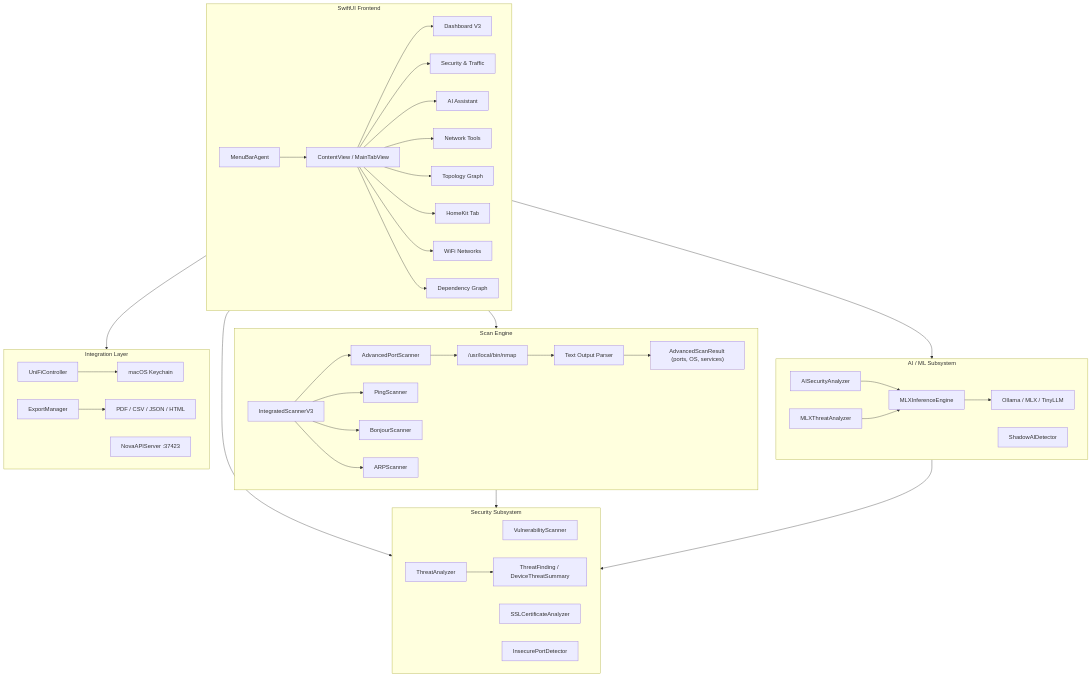
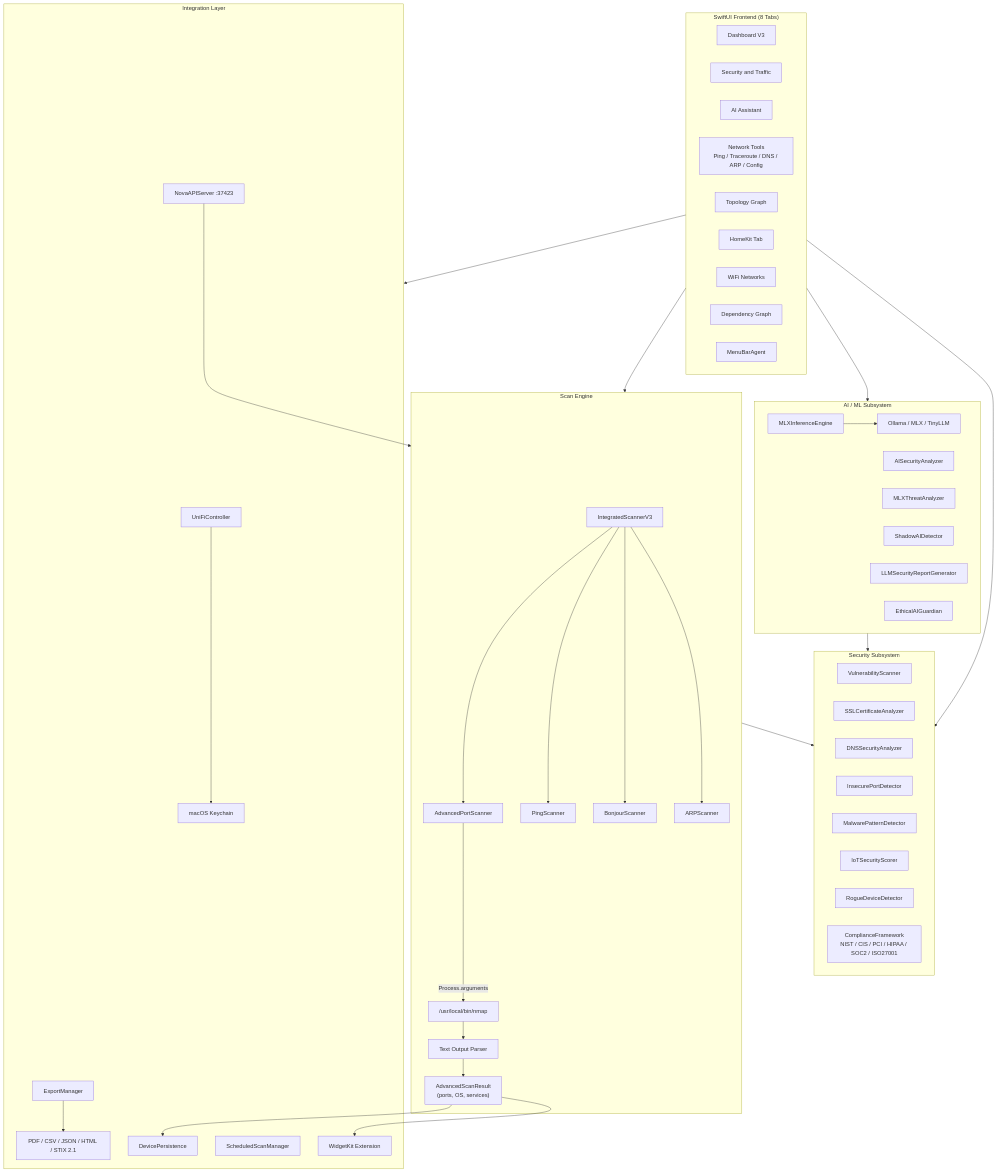
The diagram in README.md (kochj23/NMAPScanner), drawn with Mermaid before and after one commit. The commit also changed other lines of this file, not shown here.

Commit message:
docs: Rewrite README with mermaid architecture diagrams

````diff
--- a/README.md
+++ b/README.md
@@ -37,51 +38,65 @@
 ```mermaid
 graph TD
-    subgraph UI["SwiftUI Frontend"]
-        A[ContentView / MainTabView] --> B[Dashboard V3]
-        A --> C[Security & Traffic]
-        A --> D[AI Assistant]
-        A --> E[Network Tools]
-        A --> F[Topology Graph]
-        A --> G[HomeKit Tab]
-        A --> H[WiFi Networks]
-        A --> I[Dependency Graph]
-        J[MenuBarAgent] --> A
+    subgraph UI["SwiftUI Frontend (8 Tabs)"]
+        DASH[Dashboard V3]
+        SEC[Security and Traffic]
+        AIUI[AI Assistant]
+        TOOLS[Network Tools<br/>Ping / Traceroute / DNS / ARP / Config]
+        TOPO[Topology Graph]
+        HK[HomeKit Tab]
+        WIFI[WiFi Networks]
+        DEP[Dependency Graph]
+        MENU[MenuBarAgent]
     end
 
     subgraph Engine["Scan Engine"]
-        K[IntegratedScannerV3] --> L[AdvancedPortScanner]
-        K --> M[PingScanner]
-        K --> N[BonjourScanner]
-        K --> O[ARPScanner]
-        L --> P["/usr/local/bin/nmap"]
-        P --> Q[Text Output Parser]
-        Q --> R["AdvancedScanResult (ports, OS, services)"]
+        ISV3[IntegratedScannerV3]
+        ISV3 --> APS[AdvancedPortScanner]
+        ISV3 --> PING[PingScanner]
+        ISV3 --> BONJ[BonjourScanner]
+        ISV3 --> ARP[ARPScanner]
+        APS -->|Process.arguments| NMAP["/usr/local/bin/nmap"]
+        NMAP --> PARSER[Text Output Parser]
+        PARSER --> RESULT["AdvancedScanResult<br/>(ports, OS, services)"]
     end
 
     subgraph AI["AI / ML Subsystem"]
-        S[MLXInferenceEngine] --> T[Ollama / MLX / TinyLLM]
-        U[AISecurityAnalyzer] --> S
-        V[MLXThreatAnalyzer] --> S
-        W[ShadowAIDetector]
+        MLX[MLXInferenceEngine]
+        MLX --> BACKENDS["Ollama / MLX / TinyLLM"]
+        THREAT_AI[AISecurityAnalyzer]
+        MLX_THREAT[MLXThreatAnalyzer]
+        SHADOW[ShadowAIDetector]
+        REPORT[LLMSecurityReportGenerator]
+        ETHICAL[EthicalAIGuardian]
     end
 
     subgraph Security["Security Subsystem"]
-        X[VulnerabilityScanner]
-        Y[SSLCertificateAnalyzer]
-        Z[InsecurePortDetector]
-        AA[ThreatAnalyzer] --> AB[ThreatFinding / DeviceThreatSummary]
+        VULN[VulnerabilityScanner]
+        SSL[SSLCertificateAnalyzer]
+        DNS_SEC[DNSSecurityAnalyzer]
+        INSECURE[InsecurePortDetector]
+        MALWARE[MalwarePatternDetector]
+        IOT[IoTSecurityScorer]
+        ROGUE[RogueDeviceDetector]
+        COMPLIANCE["ComplianceFramework<br/>NIST / CIS / PCI / HIPAA / SOC2 / ISO27001"]
     end
 
     subgraph Integration["Integration Layer"]
-        AC[UniFiController] --> AD[macOS Keychain]
-        AE[NovaAPIServer :37423]
-        AF[ExportManager] --> AG["PDF / CSV / JSON / HTML"]
+        UNIFI[UniFiController] --> KEYCHAIN[macOS Keychain]
+        NOVA["NovaAPIServer :37423"]
+        EXPORT[ExportManager] --> FORMATS["PDF / CSV / JSON / HTML / STIX 2.1"]
+        DEVICE[DevicePersistence]
+        SCHED[ScheduledScanManager]
+        WIDGET[WidgetKit Extension]
     end
 
     UI --> Engine
     UI --> AI
     UI --> Security
     Engine --> Security
     AI --> Security
     UI --> Integration
+    RESULT --> DEVICE
+    RESULT --> WIDGET
+    NOVA --> Engine
 ```
````
